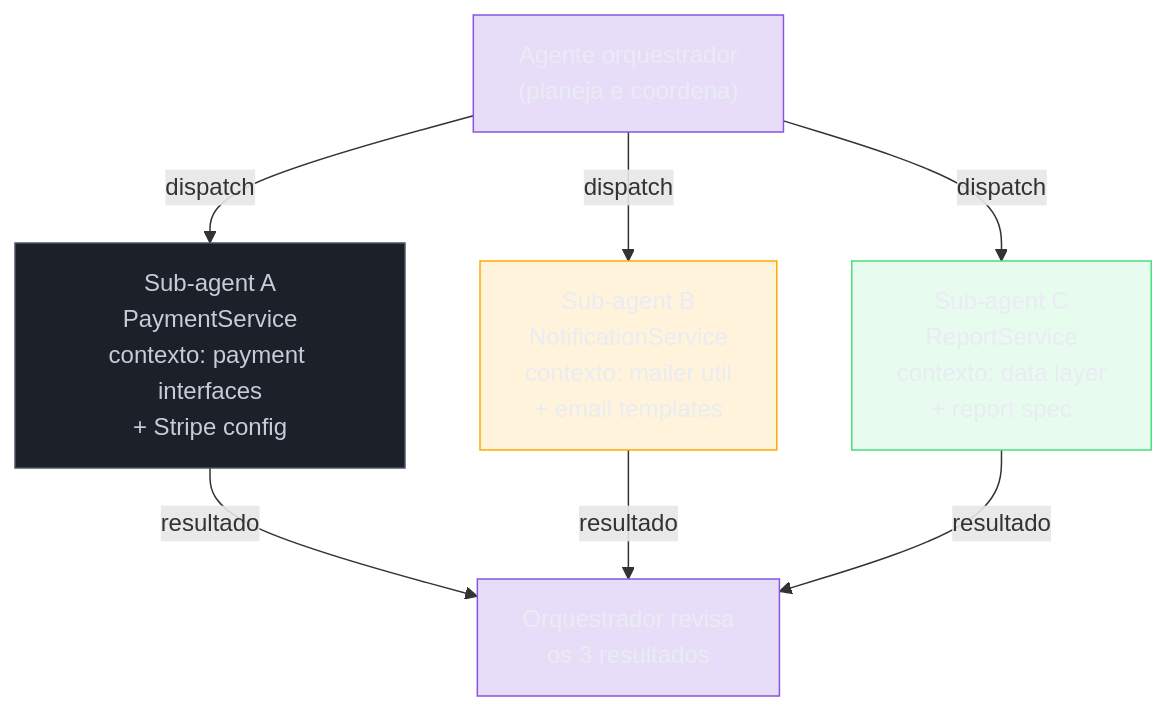
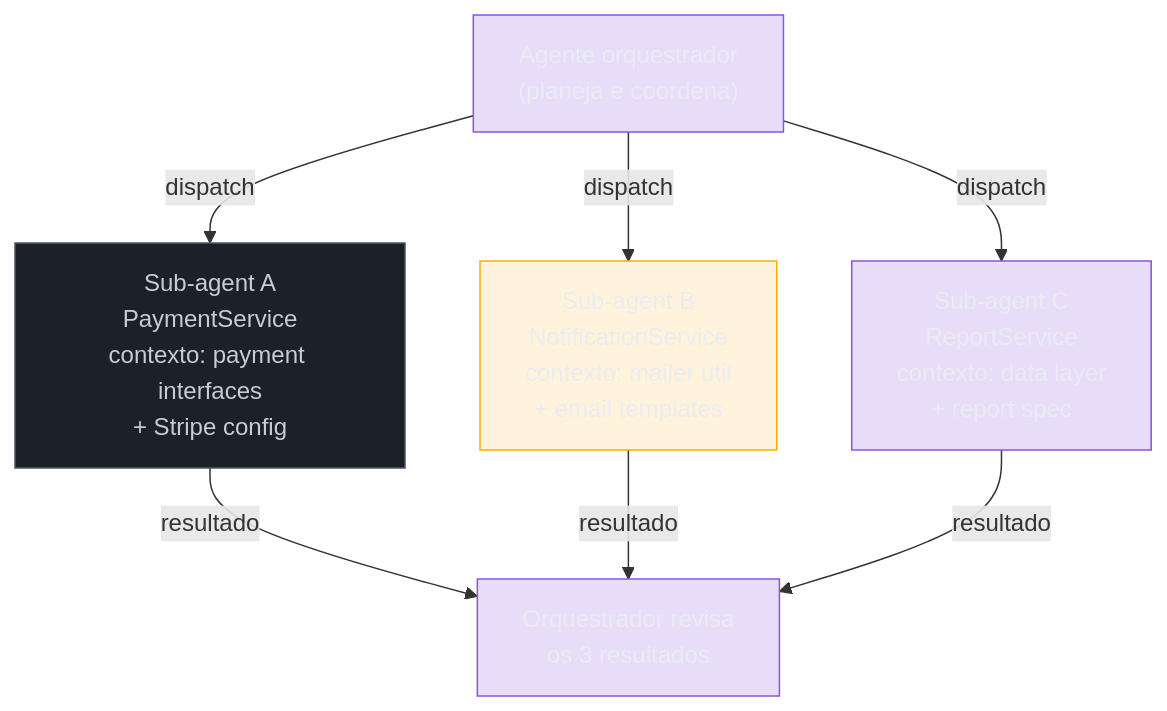
One commit to josenaldo/codex-technomanticus changed the diagram in 03-Dominios/Tecnologia/IA/Claude Code/Workflows/07 - Sub-agents e dispatch.md. Above: the diagram before and after it, drawn with Mermaid. The commit also changed 601 other files, not shown here.

````diff
--- a/03-Dominios/Tecnologia/IA/Claude Code/Workflows/07 - Sub-agents e dispatch.md
+++ b/03-Dominios/Tecnologia/IA/Claude Code/Workflows/07 - Sub-agents e dispatch.md
@@ -31,27 +31,26 @@
 ```mermaid
 flowchart TB
     classDef marca fill:#8855DF33,stroke:#8855DF,color:#E9ECF2
     classDef neutro fill:#1B2029,stroke:#4E5666,color:#C6CCD8
     classDef destaque fill:#FFAA0024,stroke:#FFAA00,color:#E9ECF2
-    classDef ok fill:#4ADE8021,stroke:#4ADE80,color:#E9ECF2
     orquestrador["Agente orquestrador\n(planeja e coordena)"]
 
     sub1["Sub-agent A\nPaymentService\ncontexto: payment interfaces\n+ Stripe config"]
     sub2["Sub-agent B\nNotificationService\ncontexto: mailer util\n+ email templates"]
     sub3["Sub-agent C\nReportService\ncontexto: data layer\n+ report spec"]
 
     resultado["Orquestrador revisa\nos 3 resultados"]
 
     orquestrador -->|dispatch| sub1
     orquestrador -->|dispatch| sub2
     orquestrador -->|dispatch| sub3
     sub1 -->|resultado| resultado
     sub2 -->|resultado| resultado
     sub3 -->|resultado| resultado
 
     class orquestrador marca
     class sub1 neutro
     class sub2 destaque
-    class sub3 ok
+    class sub3 marca
     class resultado marca
 ```
````
